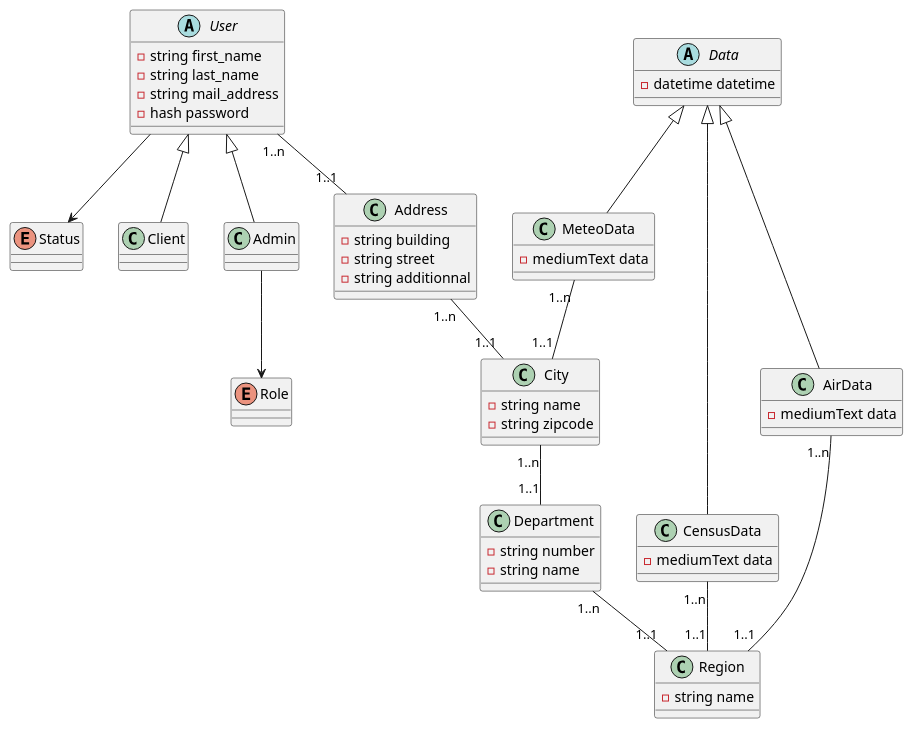
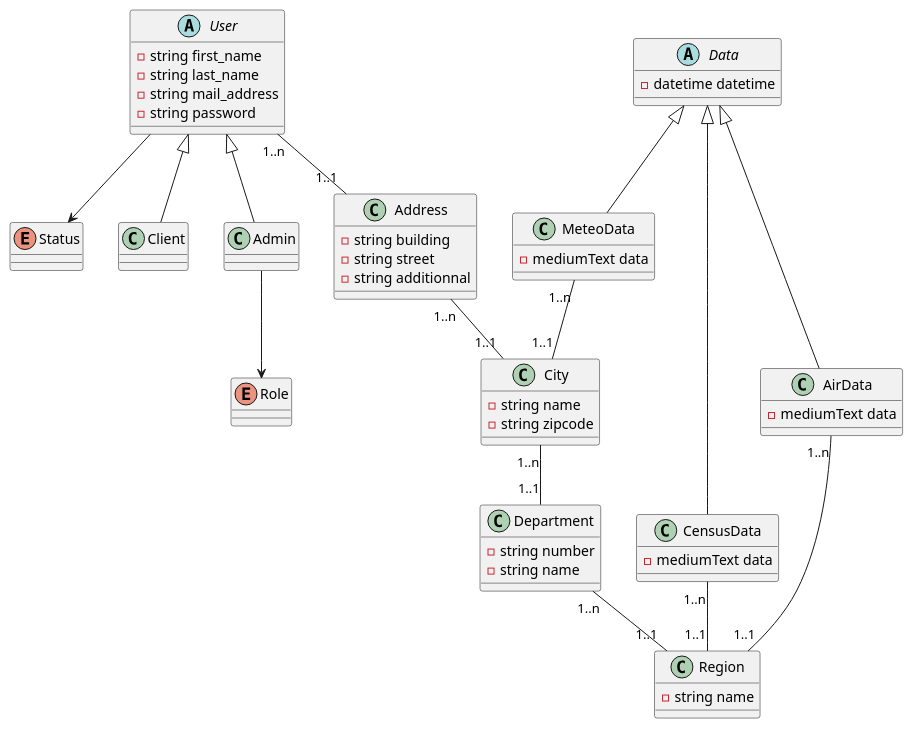
The diagram in class.puml (AirShareCorporation/TPMeteo), drawn with PlantUML before and after one commit. The commit also changed 1 other file, not shown here.

```diff
--- a/class.puml
+++ b/class.puml
@@ -1,70 +1,70 @@
 @startuml
 
 abstract class User{
     -string first_name
     -string last_name
     -string mail_address
-    -hash password
+    -string password
 }
 
 enum Status {}
 
 class Client{}
 
 class Admin{}
 
 enum Role {}
 
 class Address{
     -string building
     -string street
     -string additionnal
 }
 
 class City{
     -string name
     -string zipcode
 }
 
 class Department{
     -string number
     -string name
 }
 
 class Region{
     -string name
 }
 
 abstract class Data{
     -datetime datetime
 }
 
 class CensusData{
     -mediumText data
 }
 class AirData{
     -mediumText data
 }
 class MeteoData{
     -mediumText data
 }
 
 User <|-- Client
 User <|-- Admin
 
 Data <|-- CensusData
 Data <|-- AirData
 Data <|-- MeteoData
 
 Admin --> Role
 User --> Status
 
 User "1..n" -- "1..1" Address
 Address "1..n" -- "1..1" City
 City "1..n" -- "1..1" Department
 Department "1..n" -- "1..1" Region
 CensusData "1..n" -- "1..1" Region
 MeteoData "1..n" -- "1..1" City
 AirData "1..n" -- "1..1" Region
 
 @enduml
```
